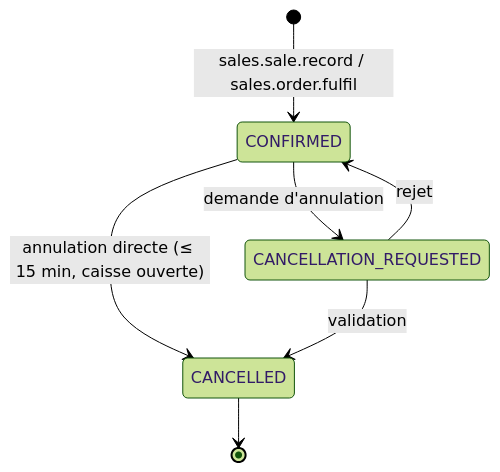
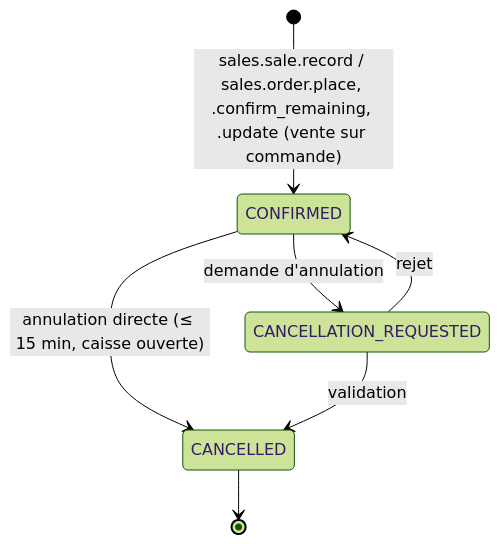
The second of 6 diagrams in docs/04-workflows/machines-a-etats/02-ventes-caisse.md (romiall/app.gic-agropelc), drawn with Mermaid (forest theme) before and after one commit. The commit also changed other lines of this file and 24 other files, not shown here.

Commit message:
wip(sales): P4-06 — update, cancel, close_remaining, impact des annulations (reprise interrompue)

````diff
--- a/docs/04-workflows/machines-a-etats/02-ventes-caisse.md
+++ b/docs/04-workflows/machines-a-etats/02-ventes-caisse.md
@@ -53,9 +61,9 @@
 ```mermaid
 stateDiagram-v2
-  [*] --> CONFIRMED : sales.sale.record / sales.order.fulfil
+  [*] --> CONFIRMED : sales.sale.record / sales.order.place, .confirm_remaining, .update (vente sur commande)
   CONFIRMED --> CANCELLED : annulation directe (≤ 15 min, caisse ouverte)
   CONFIRMED --> CANCELLATION_REQUESTED : demande d'annulation
   CANCELLATION_REQUESTED --> CANCELLED : validation
   CANCELLATION_REQUESTED --> CONFIRMED : rejet
   CANCELLED --> [*]
 ```
````
